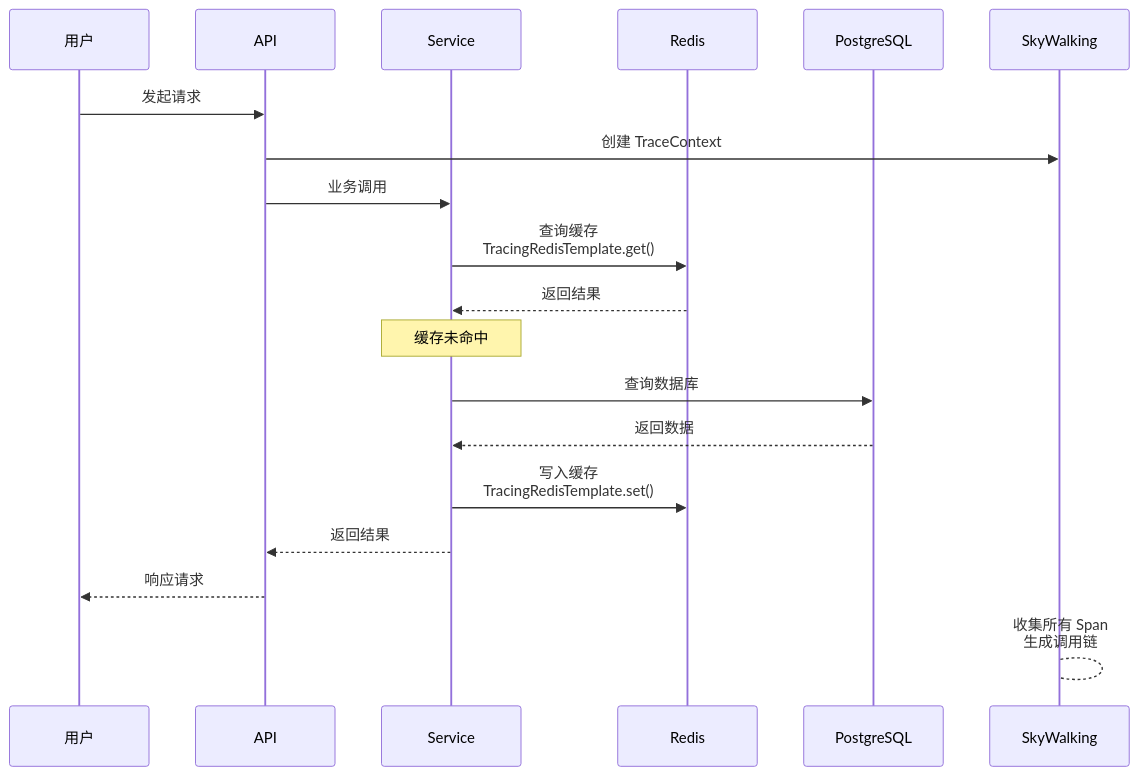
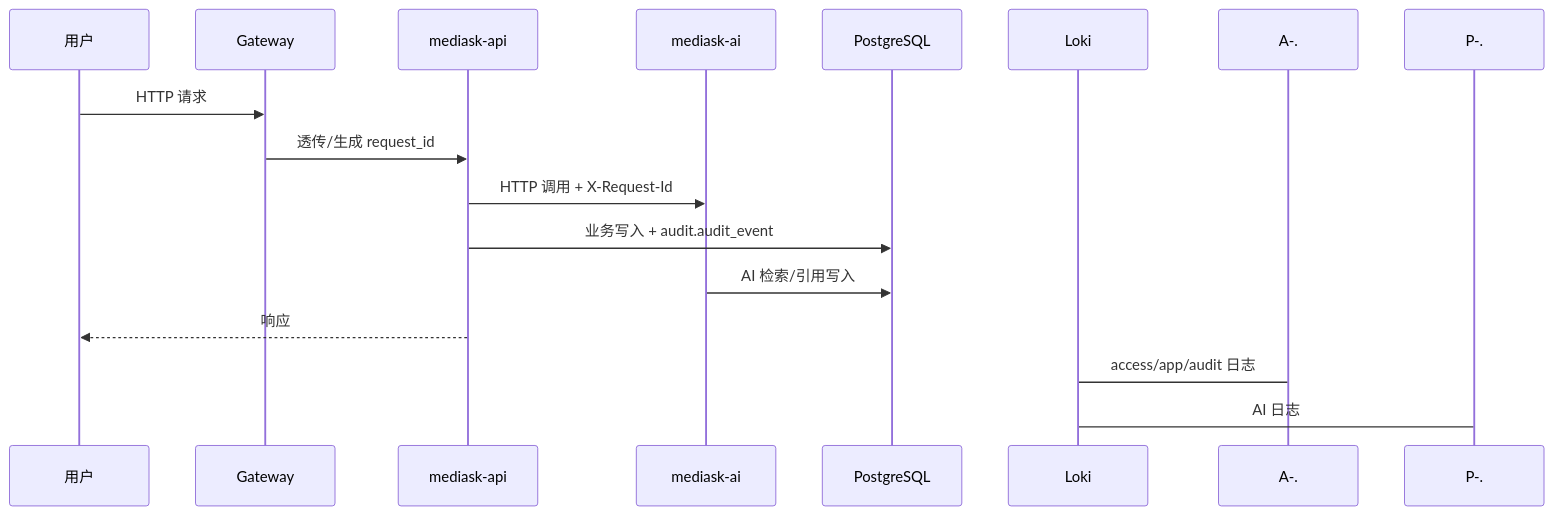
The second of 3 diagrams in docs/17-OBSERVABILITY.md (JianwenShaw/MediAskDocs), drawn with Mermaid before and after one commit. The commit also changed other lines of this file and 31 other files, not shown here.

Commit message:
feat: architecture refactor

````diff
--- a/docs/17-OBSERVABILITY.md
+++ b/docs/17-OBSERVABILITY.md
@@ -625,23 +497,18 @@
 ```mermaid
 sequenceDiagram
     participant U as 用户
-    participant A as API
-    participant S as Service
-    participant R as Redis
+    participant G as Gateway
+    participant A as mediask-api
+    participant P as mediask-ai
     participant DB as PostgreSQL
-    participant SW as SkyWalking
+    participant L as Loki
 
-    U->>A: 发起请求
-    A->>SW: 创建 TraceContext
-    A->>S: 业务调用
-    S->>R: 查询缓存<br/>TracingRedisTemplate.get()
-    R-->>S: 返回结果
-    Note over S: 缓存未命中
-    S->>DB: 查询数据库
-    DB-->>S: 返回数据
-    S->>R: 写入缓存<br/>TracingRedisTemplate.set()
-    S-->>A: 返回结果
-    A-->>U: 响应请求
-
-    SW-->SW: 收集所有 Span<br/>生成调用链
+    U->>G: HTTP 请求
+    G->>A: 透传/生成 request_id
+    A->>P: HTTP 调用 + X-Request-Id
+    A->>DB: 业务写入 + audit.audit_event
+    P->>DB: AI 检索/引用写入
+    A-->>U: 响应
+    A-.->L: access/app/audit 日志
+    P-.->L: AI 日志
 ```
````
